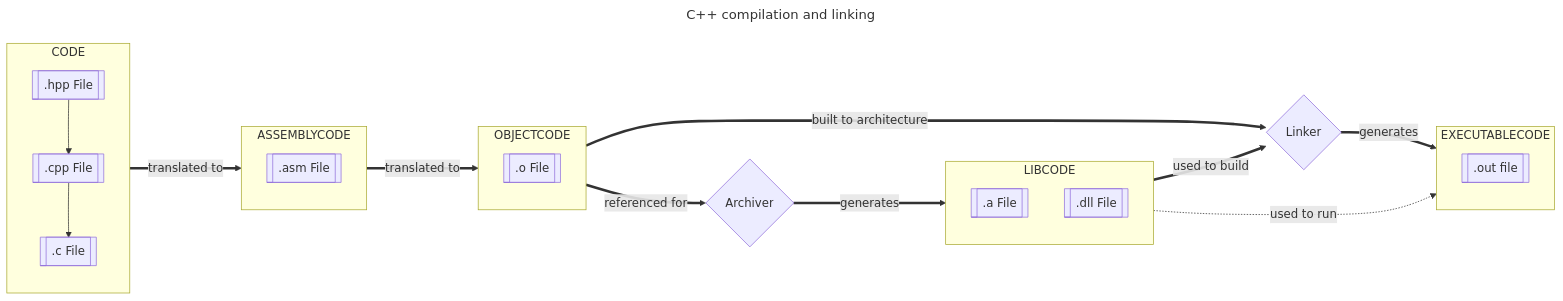
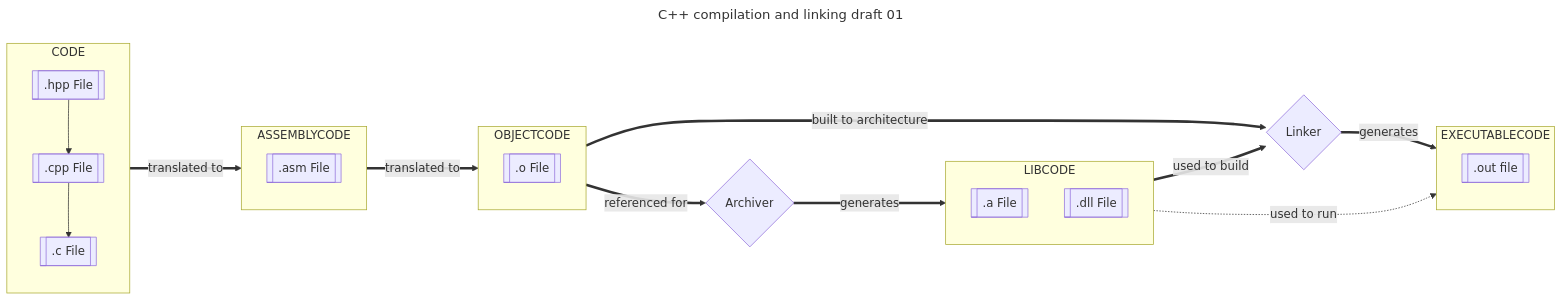
Before and after one commit to corbeau217/cpp_opengl_vehicles: the third of 9 diagrams in docs/docs_03_designables.md, drawn with Mermaid. The commit also changed other lines of this file and 1 other file, not shown here.

Commit message:
better pipeline diagrams

````diff
--- a/docs/docs_03_designables.md
+++ b/docs/docs_03_designables.md
@@ -74,44 +119,44 @@
 ```mermaid
 ---
-title: C++ compilation and linking
+title: C++ compilation and linking draft 01
 ---
 flowchart LR
     subgraph CODE
     CODECPP[[.cpp File]]
     CODEC[[.c File]]
     CODEHPP[[.hpp File]]
     end
     
     CODEHPP --> CODECPP --> CODEC
 
     subgraph ASSEMBLYCODE
     ASMFILE[[.asm File]]
     end
     
     subgraph OBJECTCODE
     OBJFILE[[.o File]]
     end
     
     CODE == translated to ==> ASSEMBLYCODE == translated to ==> OBJECTCODE
 
     subgraph LIBCODE
     ARCHIVEFILE[[.a File]]
     DLLFILE[[.dll File]]
     end
 
     subgraph EXECUTABLECODE
     EXECFILE[[.out file]]
     end
 
     ARCHIVER{Archiver}
     EXECBUILDLINKER{Linker}
 
     OBJECTCODE == built to architecture ==> EXECBUILDLINKER
     OBJECTCODE == referenced for ==> ARCHIVER
     ARCHIVER == generates ==> LIBCODE
     LIBCODE == used to build ==> EXECBUILDLINKER
 
     EXECBUILDLINKER == generates ==> EXECUTABLECODE
 
     LIBCODE -. used to run .-> EXECUTABLECODE
 ```
````
